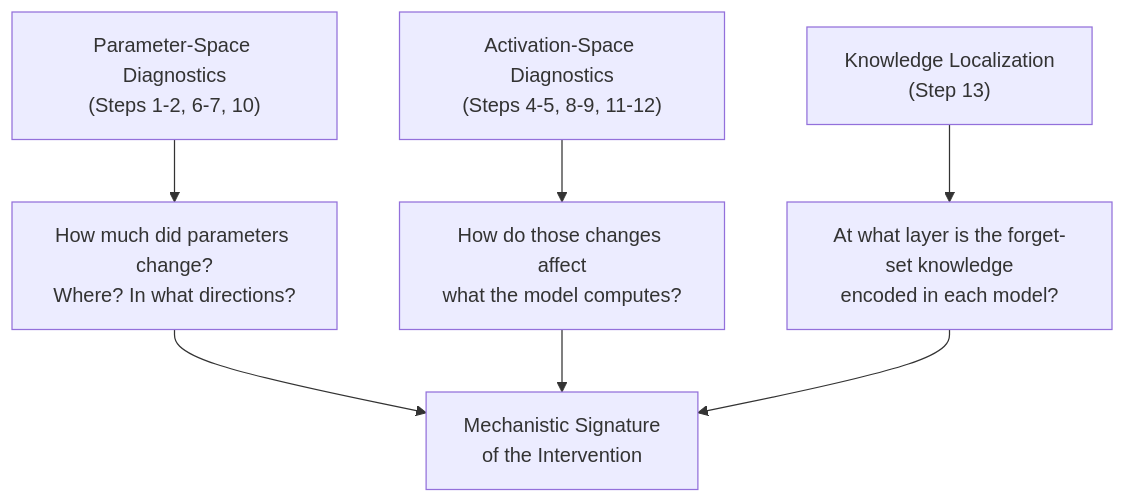
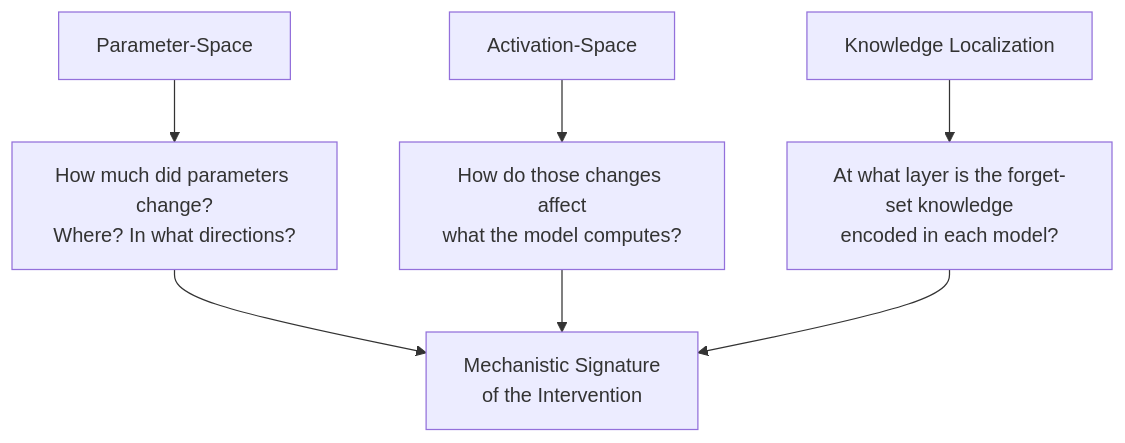
The diagram in README.md (jammastergirish/CambridgeERA), drawn with Mermaid before and after one commit.

Commit message:
Small edits

````diff
--- a/README.md
+++ b/README.md
@@ -64,9 +64,9 @@
 ```mermaid
 graph TD
-    A["Parameter-Space Diagnostics<br/>(Steps 1-2, 6-7, 10)"] --> C["How much did parameters change?<br/>Where? In what directions?"]
-    B["Activation-Space Diagnostics<br/>(Steps 4-5, 8-9, 11-12)"] --> D["How do those changes affect<br/>what the model computes?"]
-    F["Knowledge Localization<br/>(Step 13)"] --> G["At what layer is the forget-set knowledge<br/>encoded in each model?"]
+    A["Parameter-Space"] --> C["How much did parameters change?<br/>Where? In what directions?"]
+    B["Activation-Space"] --> D["How do those changes affect<br/>what the model computes?"]
+    F["Knowledge Localization"] --> G["At what layer is the forget-set knowledge<br/>encoded in each model?"]
     C --> E["Mechanistic Signature<br/>of the Intervention"]
     D --> E
     G --> E
 ```
````
